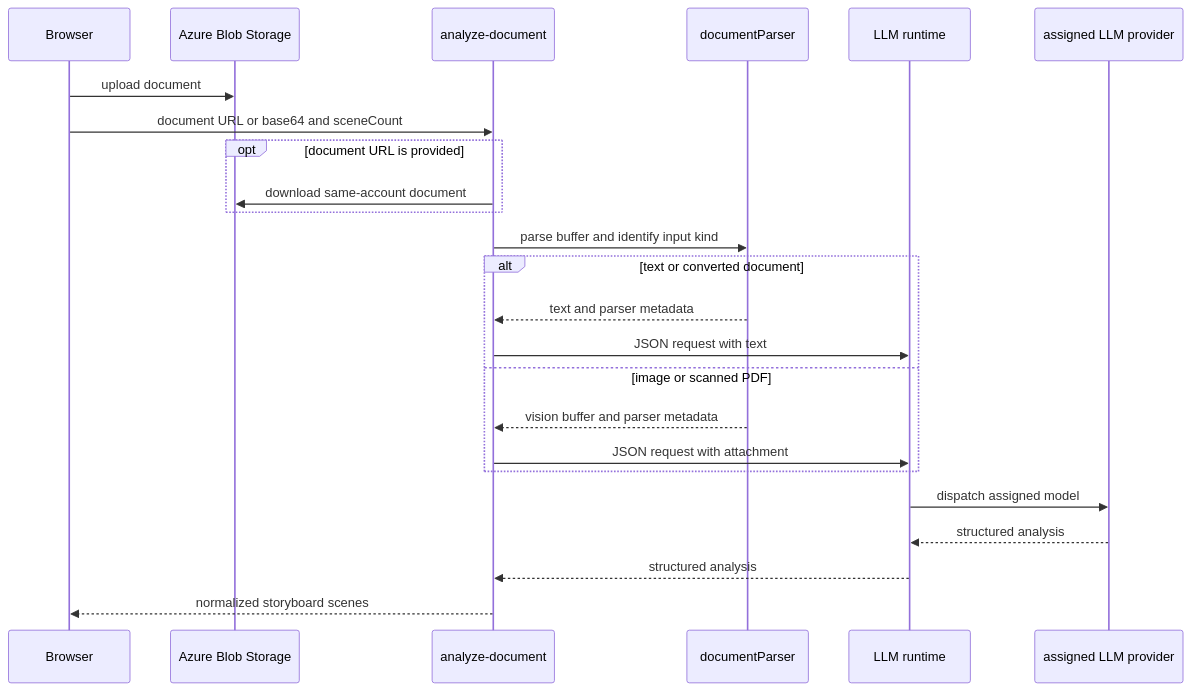
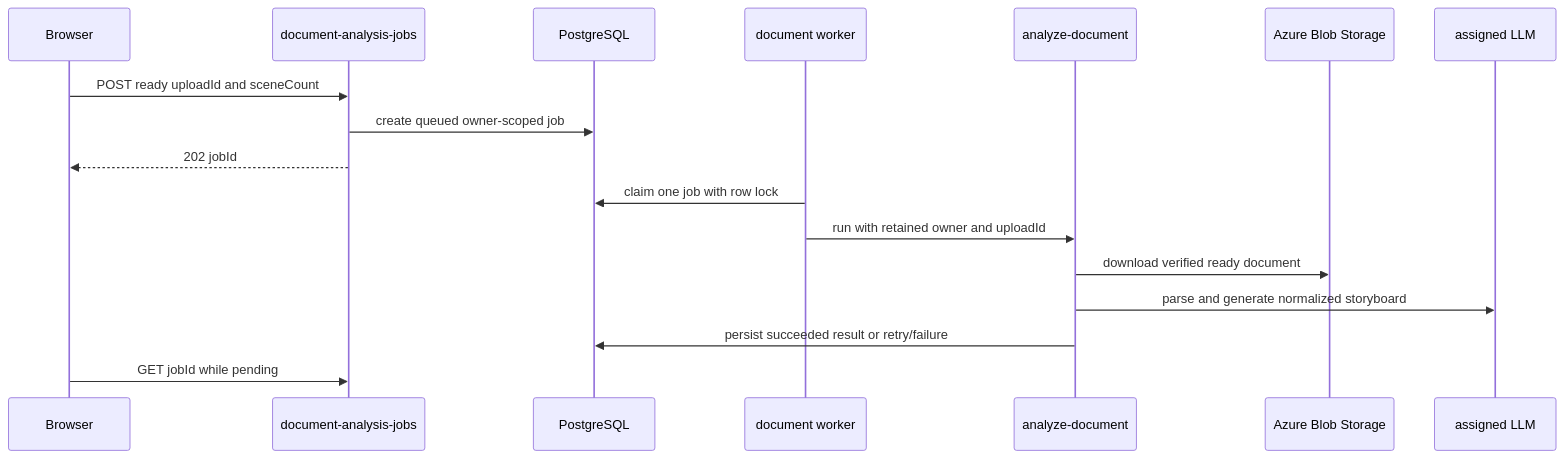
One commit to tony30552001/Genpic-master changed the first of 2 diagrams in openwiki/backend/ai-generation.md. Above: the diagram before and after it, drawn with Mermaid. The commit also changed other lines of this file and 10 other files, not shown here.

First line of the commit message:
Regenerate OpenWiki for owner-scoped uploads and document jobs

````diff
--- a/openwiki/backend/ai-generation.md
+++ b/openwiki/backend/ai-generation.md
@@ -72,26 +72,19 @@
 ```mermaid
 sequenceDiagram
   participant Browser
+  participant Jobs as document-analysis-jobs
+  participant Db as PostgreSQL
+  participant Worker as document worker
+  participant Analyze as analyze-document
   participant Blob as Azure Blob Storage
-  participant Handler as analyze-document
-  participant Parser as documentParser
-  participant Runtime as LLM runtime
-  participant Provider as assigned LLM provider
-  Browser->>Blob: upload document
-  Browser->>Handler: document URL or base64 and sceneCount
-  opt document URL is provided
-    Handler->>Blob: download same-account document
-  end
-  Handler->>Parser: parse buffer and identify input kind
-  alt text or converted document
-    Parser-->>Handler: text and parser metadata
-    Handler->>Runtime: JSON request with text
-  else image or scanned PDF
-    Parser-->>Handler: vision buffer and parser metadata
-    Handler->>Runtime: JSON request with attachment
-  end
-  Runtime->>Provider: dispatch assigned model
-  Provider-->>Runtime: structured analysis
-  Runtime-->>Handler: structured analysis
-  Handler-->>Browser: normalized storyboard scenes
+  participant Llm as assigned LLM
+  Browser->>Jobs: POST ready uploadId and sceneCount
+  Jobs->>Db: create queued owner-scoped job
+  Jobs-->>Browser: 202 jobId
+  Worker->>Db: claim one job with row lock
+  Worker->>Analyze: run with retained owner and uploadId
+  Analyze->>Blob: download verified ready document
+  Analyze->>Llm: parse and generate normalized storyboard
+  Analyze->>Db: persist succeeded result or retry/failure
+  Browser->>Jobs: GET jobId while pending
 ```
````
